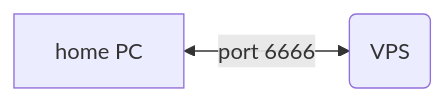
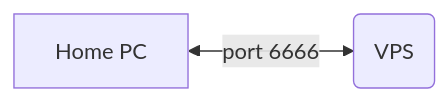
One commit to yogggoy/ssh-remote-tunnel changed the third of 5 diagrams in README.md. Above: the diagram before and after it, drawn with Mermaid. The commit also changed other lines of this file and 2 other files, not shown here.

````diff
--- a/README.md
+++ b/README.md
@@ -130,4 +140,4 @@
 ```mermaid
 graph LR
-A["home PC"] <-- port 6666 --> B(VPS)
+A["Home PC"] <-- port 6666 --> B(VPS)
 ```
````
